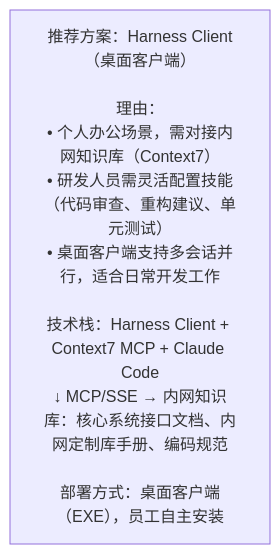
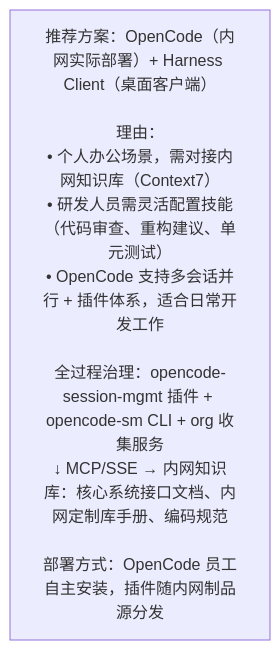
One commit to wonglaitung/splan changed the sixth of 15 diagrams in 2. 银行大模型技术架构总览.md. Above: the diagram before and after it, drawn with Mermaid. The commit also changed other lines of this file and 4 other files, not shown here.

````diff
--- a/2. 银行大模型技术架构总览.md
+++ b/2. 银行大模型技术架构总览.md
@@ -386,4 +420,4 @@
 ```mermaid
 flowchart TB
-    A["推荐方案：Harness Client（桌面客户端）<br/><br/>理由：<br/>• 个人办公场景，需对接内网知识库（Context7）<br/>• 研发人员需灵活配置技能（代码审查、重构建议、单元测试）<br/>• 桌面客户端支持多会话并行，适合日常开发工作<br/><br/>技术栈：Harness Client + Context7 MCP + Claude Code<br/>↓ MCP/SSE → 内网知识库：核心系统接口文档、内网定制库手册、编码规范<br/><br/>部署方式：桌面客户端（EXE），员工自主安装"]
+    A["推荐方案：OpenCode（内网实际部署）+ Harness Client（桌面客户端）<br/><br/>理由：<br/>• 个人办公场景，需对接内网知识库（Context7）<br/>• 研发人员需灵活配置技能（代码审查、重构建议、单元测试）<br/>• OpenCode 支持多会话并行 + 插件体系，适合日常开发工作<br/><br/>全过程治理：opencode-session-mgmt 插件 + opencode-sm CLI + org 收集服务<br/>↓ MCP/SSE → 内网知识库：核心系统接口文档、内网定制库手册、编码规范<br/><br/>部署方式：OpenCode 员工自主安装，插件随内网制品源分发"]
 ```
````
